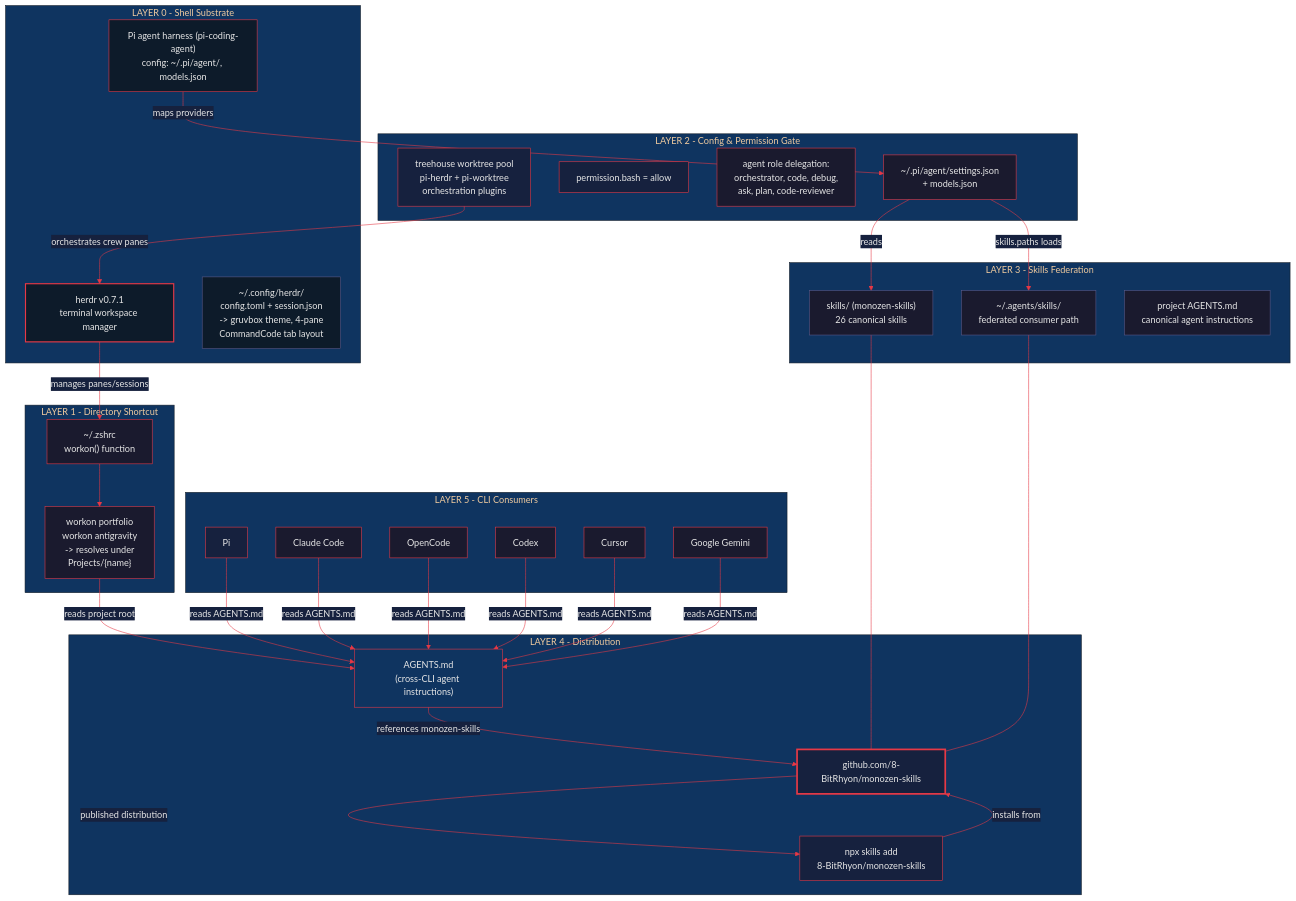
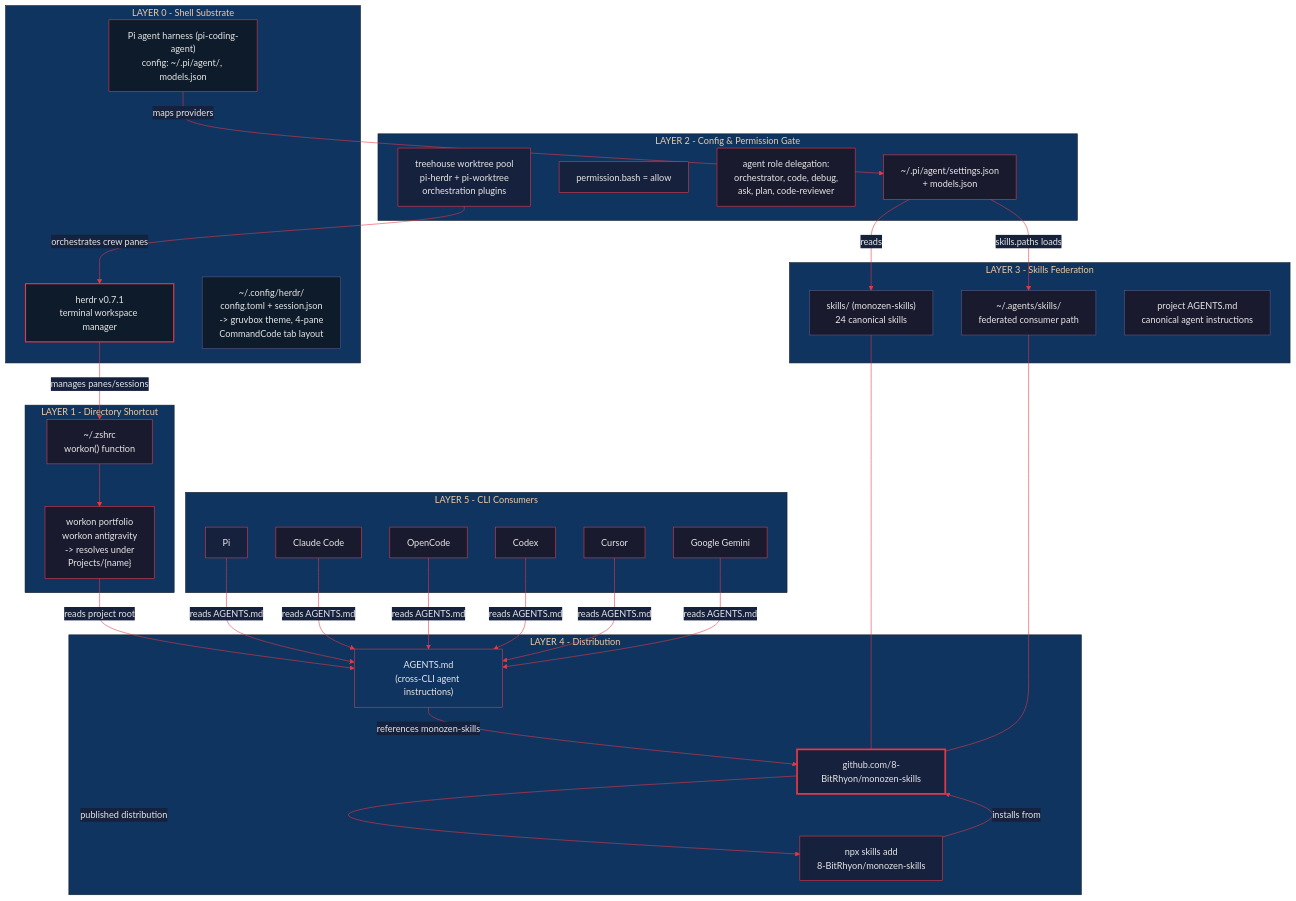
One commit to 8-BitRhyon/monozen-skills changed the diagram in assets/monozen-skills-arch.mmd. Above: the diagram before and after it, drawn with Mermaid. The commit also changed 33 other files, not shown here.

```diff
--- a/assets/monozen-skills-arch.mmd
+++ b/assets/monozen-skills-arch.mmd
@@ -1,75 +1,75 @@
 %%{init: {'theme': 'base', 'themeVariables': {'primaryColor': '#1a1a2e', 'primaryTextColor': '#e6e6e6', 'primaryBorderColor': '#e63946', 'lineColor': '#e63946', 'secondaryColor': '#16213e', 'tertiaryColor': '#0f3460'}}}%%
 
 flowchart TB
     subgraph Layer0["LAYER 0 - Shell Substrate"]
         HR["herdr v0.7.1<br/>terminal workspace manager"]
         PIF["Pi agent harness (pi-coding-agent)<br/>config: ~/.pi/agent/, models.json"]
         HRCFG["~/.config/herdr/<br/>config.toml + session.json<br/>-> gruvbox theme, 4-pane<br/>  CommandCode tab layout"]
     end
 
     subgraph Layer1["LAYER 1 - Directory Shortcut"]
         ZS["~/.zshrc<br/>workon() function"]
         WU["workon portfolio<br/>workon antigravity<br/>-> resolves under<br/>Projects/{name}"]
     end
 
     subgraph Layer2["LAYER 2 - Config & Permission Gate"]
         KC["~/.pi/agent/settings.json<br/>+ models.json"]
         PERM["permission.bash = allow"]
         AGD["agent role delegation:<br/>orchestrator, code, debug,<br/>ask, plan, code-reviewer"]
         IDX["treehouse worktree pool<br/>pi-herdr + pi-worktree<br/>orchestration plugins"]
     end
 
     subgraph Layer3["LAYER 3 - Skills Federation"]
-        FS1["skills/ (monozen-skills)<br/>26 canonical skills"]
+        FS1["skills/ (monozen-skills)<br/>24 canonical skills"]
         FS2["~/.agents/skills/<br/>federated consumer path"]
         FS3["project AGENTS.md<br/>canonical agent instructions"]
     end
 
     subgraph Layer4["LAYER 4 - Distribution"]
         MS["github.com/8-BitRhyon/monozen-skills"]
         NPX["npx skills add<br/>8-BitRhyon/monozen-skills"]
         AG["AGENTS.md<br/>(cross-CLI agent instructions)"]
     end
 
     subgraph Layer5["LAYER 5 - CLI Consumers"]
         PI["Pi"]
         CC["Claude Code"]
         OC["OpenCode"]
         CX["Codex"]
         CU["Cursor"]
         GK["Google Gemini"]
     end
 
     HR -->|manages panes/sessions| ZS
     ZS --> WU
     WU -->|reads project root| AG
     AG -->|references monozen-skills| MS
     PIF -->|maps providers| KC
     KC -->|skills.paths loads| FS2
     KC -->|reads| FS1
     IDX -->|orchestrates crew panes| HR
     NPX -->|installs from| MS
     MS -->|published distribution| NPX
     FS1 --- MS
     FS2 --- MS
     PI -->|reads AGENTS.md| AG
     CC -->|reads AGENTS.md| AG
     OC -->|reads AGENTS.md| AG
     CX -->|reads AGENTS.md| AG
     CU -->|reads AGENTS.md| AG
     GK -->|reads AGENTS.md| AG
 
     style HR fill:#0d1b2a,stroke:#e63946,color:#e6e6e6,stroke-width:2px
     style PIF fill:#0d1b2a,stroke:#e63946,color:#e6e6e6
     style HRCFG fill:#0d1b2a,stroke:#5a5a8a,color:#e6e6e6
     style ZS fill:#1a1a2e,stroke:#e63946,color:#e6e6e6
     style KC fill:#1a1a2e,stroke:#e63946,color:#e6e6e6
     style MS fill:#16213e,stroke:#e63946,color:#e6e6e6,stroke-width:3px
     style AG fill:#0f3460,stroke:#e63946,color:#e6e6e6
     style NPX fill:#16213e,stroke:#e63946,color:#e6e6e6
     style FS1 fill:#1a1a2e,stroke:#5a5a8a,color:#e6e6e6
     style FS2 fill:#1a1a2e,stroke:#5a5a8a,color:#e6e6e6
     style FS3 fill:#1a1a2e,stroke:#5a5a8a,color:#e6e6e6
     style PI fill:#16213e,stroke:#e63946,color:#e6e6e6
     style PERM fill:#16213e,stroke:#e63946,color:#e6e6e6
     style IDX fill:#16213e,stroke:#e63946,color:#e6e6e6
```
